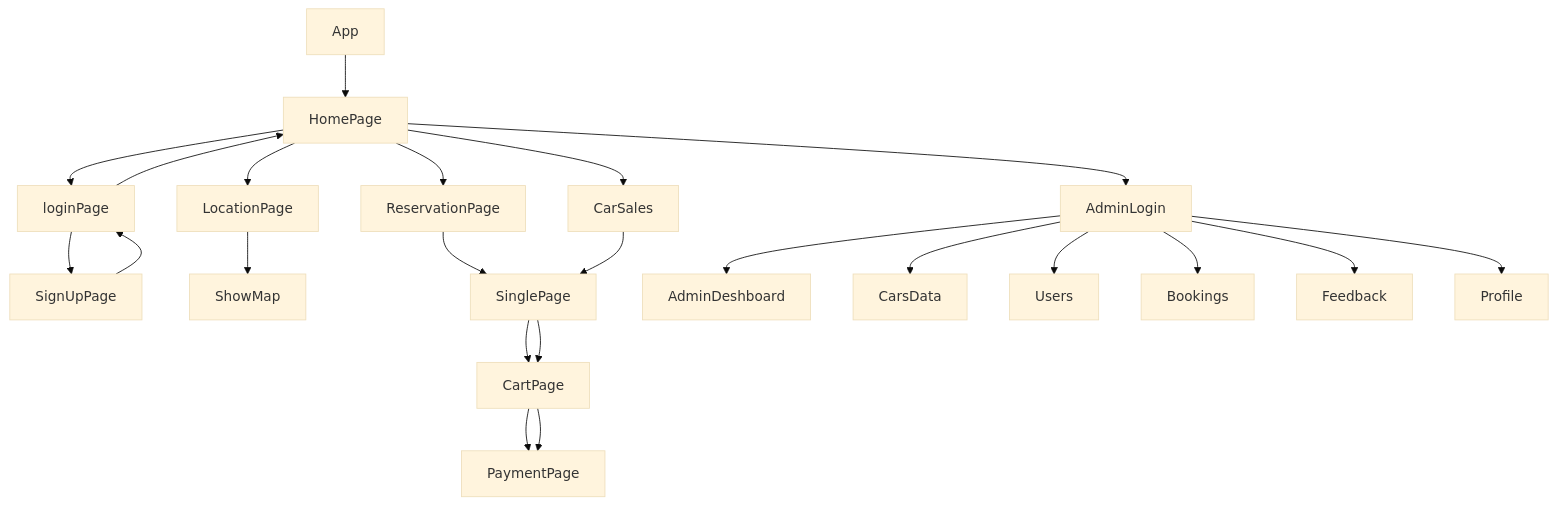
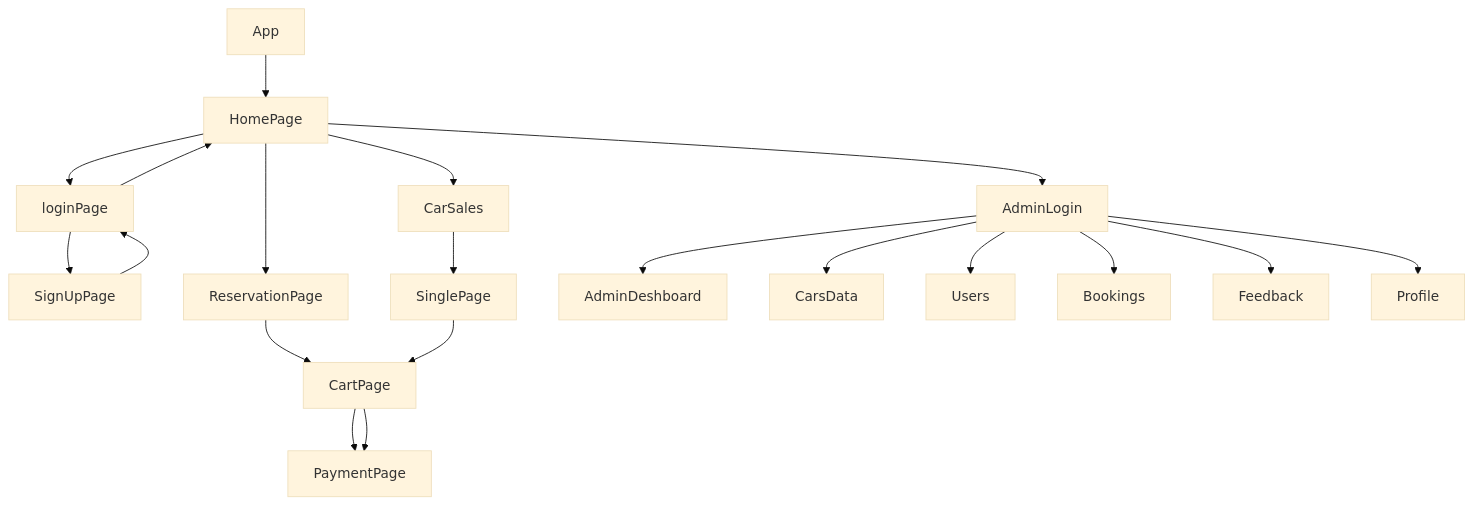
The diagram in README.md (shikhu51197/Avis-Rentals), drawn with Mermaid (base theme) before and after one commit.

````diff
--- a/README.md
+++ b/README.md
@@ -85,26 +85,24 @@
 ```mermaid
 graph TD;
     App-->HomePage
     HomePage-->loginPage;
     loginPage-->SignUpPage;
       SignUpPage-->loginPage;
        loginPage-->HomePage;
-       HomePage -->LocationPage
-       LocationPage-->ShowMap
+      
        HomePage --> ReservationPage
-       ReservationPage-->SinglePage
-       SinglePage --> CartPage
+       ReservationPage-->CartPage
        CartPage-->PaymentPage
        HomePage -->CarSales
        CarSales-->SinglePage
        SinglePage --> CartPage
        CartPage-->PaymentPage
        HomePage --> AdminLogin
        AdminLogin-->AdminDeshboard
        AdminLogin -->CarsData
        AdminLogin -->Users
        AdminLogin -->Bookings
        AdminLogin -->Feedback
        AdminLogin -->Profile
        
 ```
````
